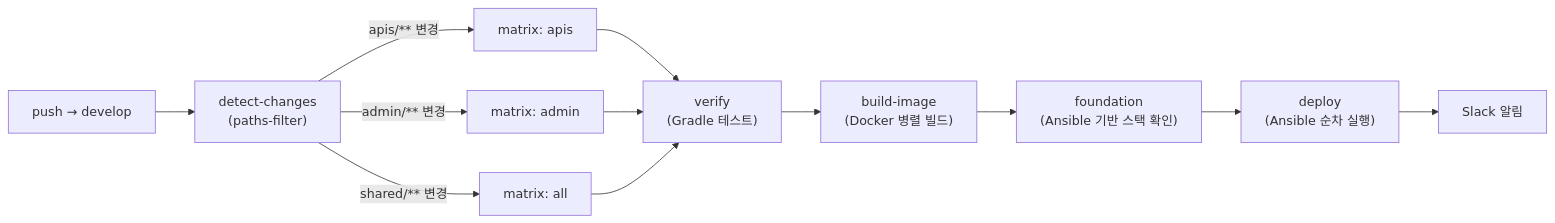
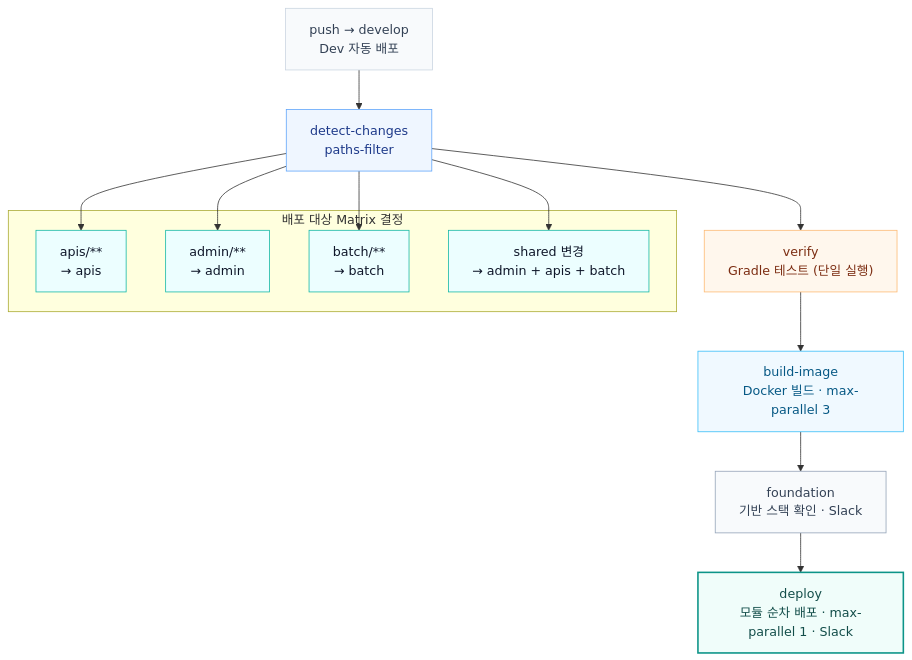
Before and after one commit to TEAM-BEAT/BEAT-SERVER: the sixth of 14 diagrams in infra/README.md, drawn with Mermaid. The commit also changed other lines of this file, not shown here.

Commit message:
docs: README.md 다이어그램 구체화

````diff
--- a/infra/README.md
+++ b/infra/README.md
@@ -445,12 +515,36 @@
 ```mermaid
-flowchart LR
-    A["push → develop"] --> B["detect-changes<br/>(paths-filter)"]
-    B -->|"apis/** 변경"| C["matrix: apis"]
-    B -->|"admin/** 변경"| D["matrix: admin"]
-    B -->|"shared/** 변경"| E["matrix: all"]
-    C & D & E --> F["verify<br/>(Gradle 테스트)"]
-    F --> G["build-image<br/>(Docker 병렬 빌드)"]
-    G --> H["foundation<br/>(Ansible 기반 스택 확인)"]
-    H --> I["deploy<br/>(Ansible 순차 실행)"]
-    I --> J["Slack 알림"]
+flowchart TB
+    Trigger["push → develop<br/>Dev 자동 배포"]:::event
+
+    Detect["detect-changes<br/>paths-filter"]:::step
+
+    subgraph MATRIX["배포 대상 Matrix 결정"]
+        APIs["apis/**<br/>→ apis"]:::matrix
+        Admin["admin/**<br/>→ admin"]:::matrix
+        Batch["batch/**<br/>→ batch"]:::matrix
+        Shared["shared 변경<br/>→ admin + apis + batch"]:::matrix
+    end
+
+    Verify["verify<br/>Gradle 테스트 (단일 실행)"]:::verify
+
+    Build["build-image<br/>Docker 빌드 · max-parallel 3"]:::build
+
+    Foundation["foundation<br/>기반 스택 확인 · Slack"]:::infra
+
+    Deploy["deploy<br/>모듈 순차 배포 · max-parallel 1 · Slack"]:::deploy
+
+    Trigger --> Detect
+    Detect --> APIs & Admin & Batch & Shared
+    Detect --> Verify
+    Verify --> Build
+    Build --> Foundation
+    Foundation --> Deploy
+
+    classDef event fill:#F8FAFC,stroke:#CBD5E1,stroke-width:1px,color:#334155
+    classDef step fill:#EFF6FF,stroke:#60A5FA,stroke-width:1px,color:#1E3A8A
+    classDef matrix fill:#ECFEFF,stroke:#14B8A6,stroke-width:1px,color:#0F172A
+    classDef verify fill:#FFF7ED,stroke:#FDBA74,stroke-width:1px,color:#7C2D12
+    classDef build fill:#F0F9FF,stroke:#38BDF8,stroke-width:1px,color:#075985
+    classDef infra fill:#F8FAFC,stroke:#94A3B8,stroke-width:1px,color:#334155
+    classDef deploy fill:#F0FDFA,stroke:#0D9488,stroke-width:2px,color:#134E4A
 ```
````
